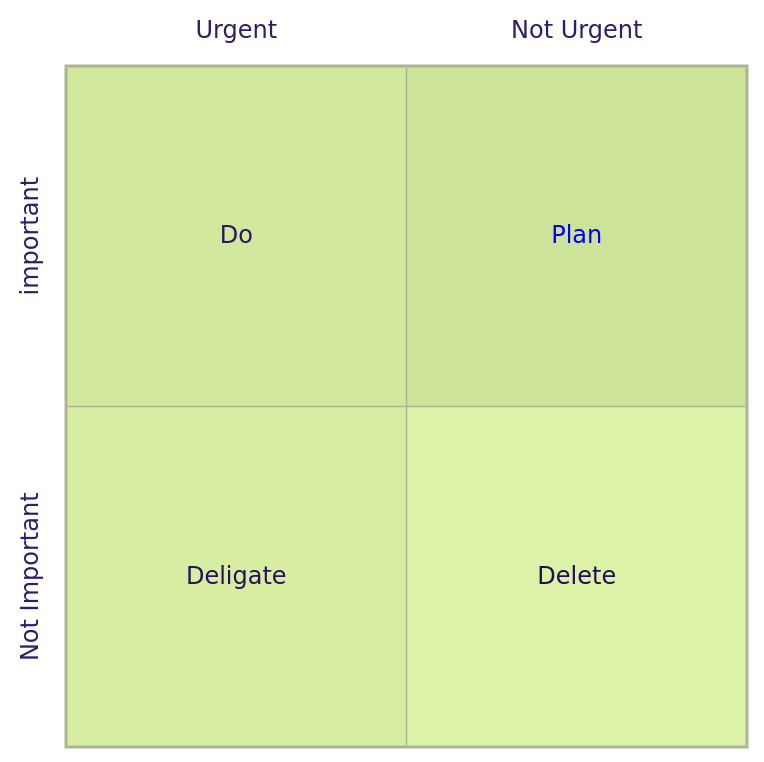
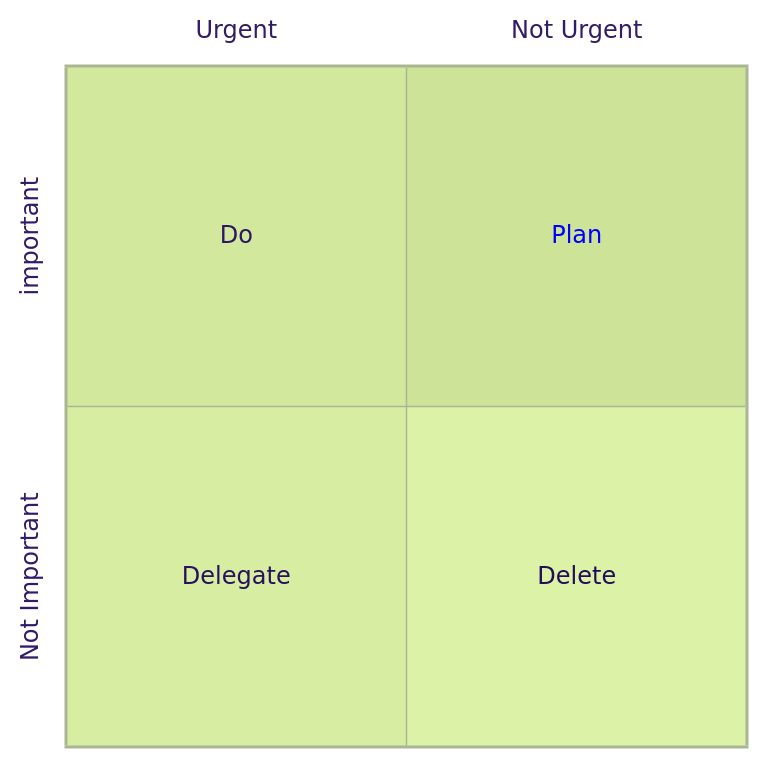
One commit to yohasebe/monadic-chat changed the second of 3 diagrams in docker/services/ruby/apps/mermaid_grapher/mermaid_examples/quadrantChart.md. Above: the diagram before and after it, drawn with Mermaid. The commit also changed 15 other files, not shown here.

````diff
--- a/docker/services/ruby/apps/mermaid_grapher/mermaid_examples/quadrantChart.md
+++ b/docker/services/ruby/apps/mermaid_grapher/mermaid_examples/quadrantChart.md
@@ -20,10 +20,10 @@
 ```mermaid
 %%{init: {"quadrantChart": {"quadrantPadding": 10}, "theme": "forest", "themeVariables": {"quadrant1TextFill": "blue"}} }%%
 quadrantChart
   x-axis Urgent --> Not Urgent
   y-axis Not Important --> important
   quadrant-1 Plan
   quadrant-2 Do
-  quadrant-3 Deligate
+  quadrant-3 Delegate
   quadrant-4 Delete
 ```
````
